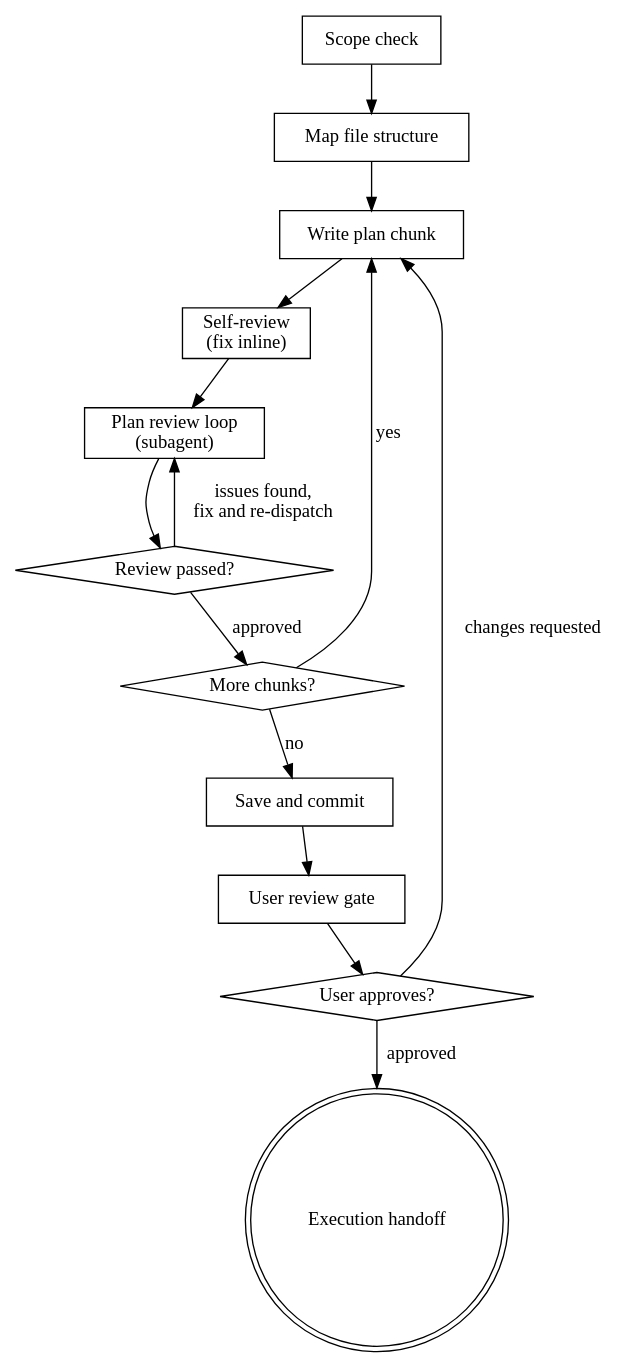
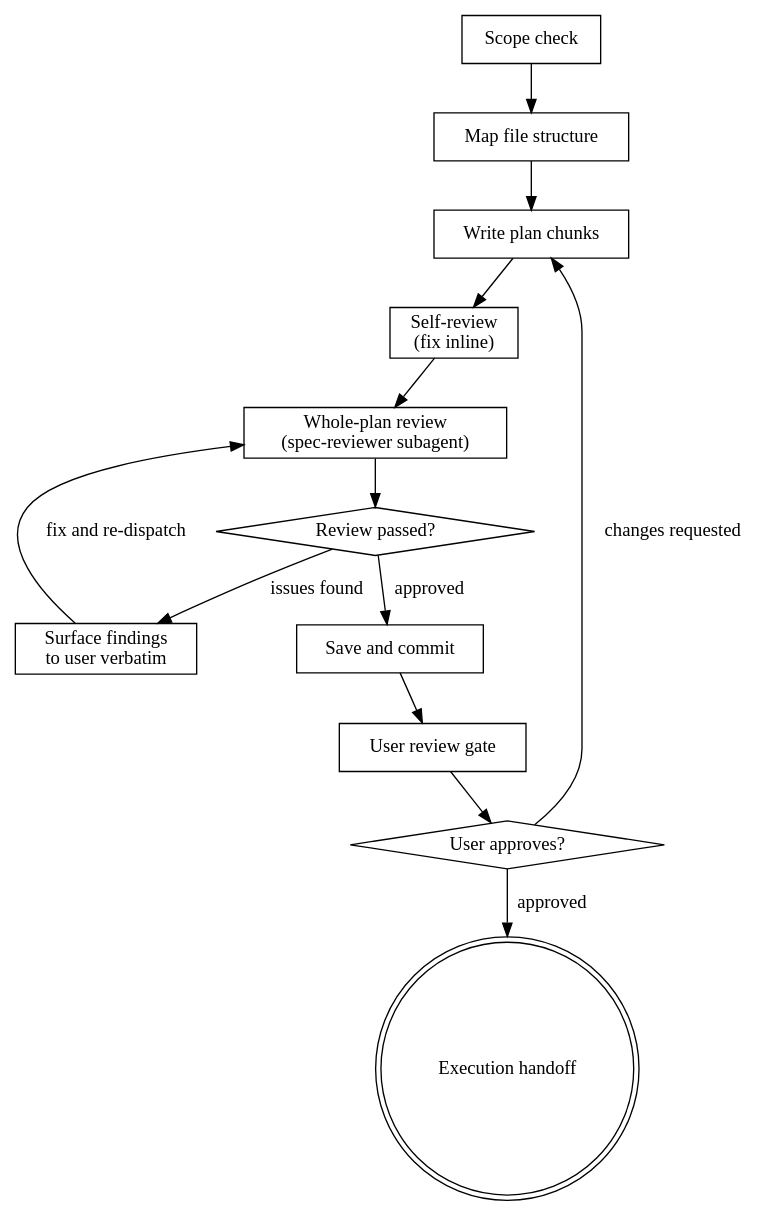
Before and after one commit to jambrose/superpowers: the diagram in skills/writing-plans/SKILL.md, drawn with Graphviz. The commit also changed other lines of this file and 1 other file, not shown here.

````diff
--- a/skills/writing-plans/SKILL.md
+++ b/skills/writing-plans/SKILL.md
@@ -40,29 +40,28 @@
 ```dot
 digraph writing_plans {
     "Scope check" [shape=box];
     "Map file structure" [shape=box];
-    "Write plan chunk" [shape=box];
+    "Write plan chunks" [shape=box];
     "Self-review\n(fix inline)" [shape=box];
-    "Plan review loop\n(subagent)" [shape=box];
+    "Whole-plan review\n(spec-reviewer subagent)" [shape=box];
     "Review passed?" [shape=diamond];
-    "More chunks?" [shape=diamond];
+    "Surface findings\nto user verbatim" [shape=box];
     "Save and commit" [shape=box];
     "User review gate" [shape=box];
     "User approves?" [shape=diamond];
     "Execution handoff" [shape=doublecircle];
 
     "Scope check" -> "Map file structure";
-    "Map file structure" -> "Write plan chunk";
-    "Write plan chunk" -> "Self-review\n(fix inline)";
-    "Self-review\n(fix inline)" -> "Plan review loop\n(subagent)";
-    "Plan review loop\n(subagent)" -> "Review passed?";
-    "Review passed?" -> "Plan review loop\n(subagent)" [label="issues found,\nfix and re-dispatch"];
-    "Review passed?" -> "More chunks?" [label="approved"];
-    "More chunks?" -> "Write plan chunk" [label="yes"];
-    "More chunks?" -> "Save and commit" [label="no"];
+    "Map file structure" -> "Write plan chunks";
+    "Write plan chunks" -> "Self-review\n(fix inline)";
+    "Self-review\n(fix inline)" -> "Whole-plan review\n(spec-reviewer subagent)";
+    "Whole-plan review\n(spec-reviewer subagent)" -> "Review passed?";
+    "Review passed?" -> "Surface findings\nto user verbatim" [label="issues found"];
+    "Surface findings\nto user verbatim" -> "Whole-plan review\n(spec-reviewer subagent)" [label="fix and re-dispatch"];
+    "Review passed?" -> "Save and commit" [label="approved"];
     "Save and commit" -> "User review gate";
     "User review gate" -> "User approves?";
-    "User approves?" -> "Write plan chunk" [label="changes requested"];
+    "User approves?" -> "Write plan chunks" [label="changes requested"];
     "User approves?" -> "Execution handoff" [label="approved"];
 }
 ```
````
